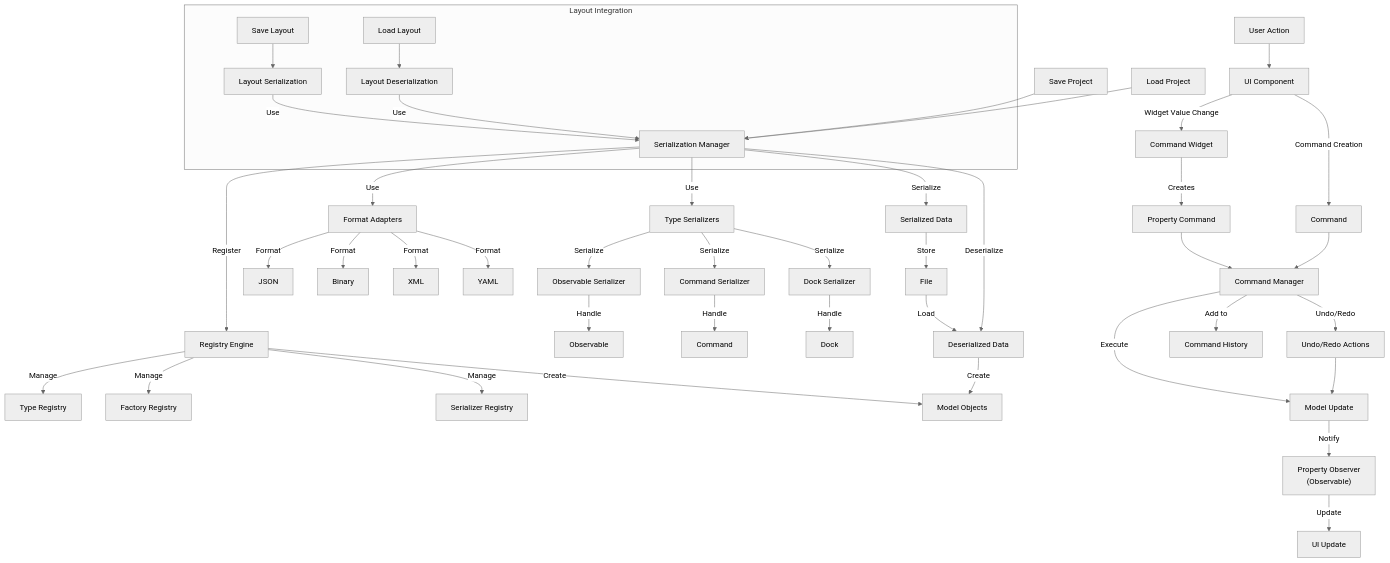
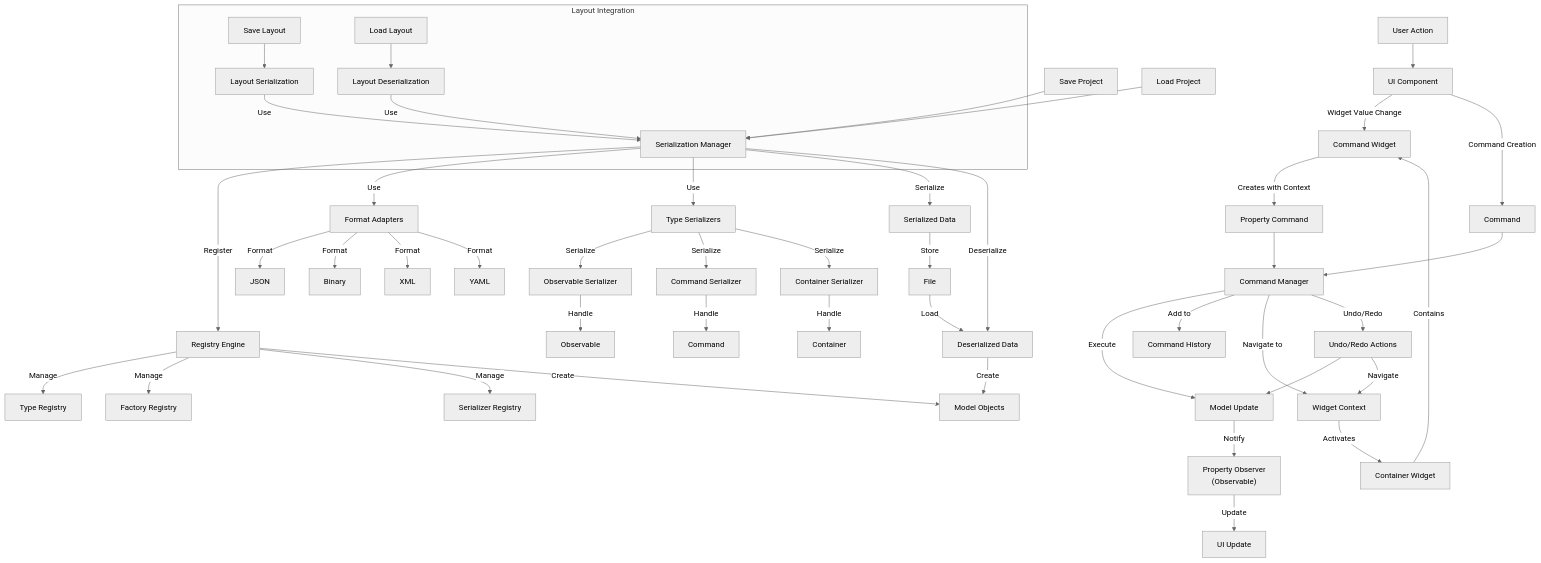
The diagram in command_system/docs/planned_command_system.md (maro7tigre/PySignalDecipher), drawn with Mermaid (neutral theme) before and after one commit. The commit also changed 17 other files, not shown here.

````diff
--- a/command_system/docs/planned_command_system.md
+++ b/command_system/docs/planned_command_system.md
@@ -1,60 +1,65 @@
 ```mermaid
 flowchart TD
     User[User Action] --> UI[UI Component]
     UI -- "Widget Value Change" --> CmdWidget[Command Widget]
     UI -- "Command Creation" --> CMD[Command]
     
-    CmdWidget -- "Creates" --> PropCmd[Property Command]
+    CmdWidget -- "Creates with Context" --> PropCmd[Property Command]
     PropCmd --> CmdMgr[Command Manager]
     CMD --> CmdMgr
     
     CmdMgr -- "Execute" --> ModelUpdate[Model Update]
     CmdMgr -- "Add to" --> History[Command History]
+    CmdMgr -- "Navigate to" --> NavContext[Widget Context]
+    
+    NavContext -- "Activates" --> Container[Container Widget]
+    Container -- "Contains" --> CmdWidget
     
     ModelUpdate -- "Notify" --> PropObserver["Property Observer\n(Observable)"]
     PropObserver -- "Update" --> UIUpdate[UI Update]
     
     CmdMgr -- "Undo/Redo" --> UndoRedo[Undo/Redo Actions]
     UndoRedo --> ModelUpdate
+    UndoRedo -- "Navigate" --> NavContext
     
-    %% New Serialization Flow
+    %% Serialization Flow
     SaveProject[Save Project] --> SerMgr[Serialization Manager]
     LoadProject[Load Project] --> SerMgr
     
     SerMgr -- "Register" --> Registry[Registry Engine]
     SerMgr -- "Use" --> FormatAdapters[Format Adapters]
     SerMgr -- "Use" --> TypeSerializers[Type Serializers]
     
     Registry -- "Manage" --> Types[Type Registry]
     Registry -- "Manage" --> Factories[Factory Registry]
     Registry -- "Manage" --> Serializers[Serializer Registry]
     
     FormatAdapters -- "Format" --> JSON[JSON]
     FormatAdapters -- "Format" --> Binary[Binary]
     FormatAdapters -- "Format" --> XML[XML]
     FormatAdapters -- "Format" --> YAML[YAML]
     
     TypeSerializers -- "Serialize" --> ObsSer[Observable Serializer]
     TypeSerializers -- "Serialize" --> CmdSer[Command Serializer]
-    TypeSerializers -- "Serialize" --> DockSer[Dock Serializer]
+    TypeSerializers -- "Serialize" --> ContainerSer[Container Serializer]
     
     ObsSer -- "Handle" --> Observable[Observable]
     CmdSer -- "Handle" --> Command[Command]
-    DockSer -- "Handle" --> Dock[Dock]
+    ContainerSer -- "Handle" --> ContainerObj[Container]
     
     SerMgr -- "Serialize" --> SerData[Serialized Data]
     SerData -- "Store" --> File[File]
     
     SerMgr -- "Deserialize" --> DeserData[Deserialized Data]
     File -- "Load" --> DeserData
     
     DeserData -- "Create" --> ModelObjects[Model Objects]
     Registry -- "Create" --> ModelObjects
     
     subgraph "Layout Integration"
         SaveLayout[Save Layout] --> LayoutSer[Layout Serialization]
         LoadLayout[Load Layout] --> LayoutDeser[Layout Deserialization]
         LayoutSer -- "Use" --> SerMgr
         LayoutDeser -- "Use" --> SerMgr
     end
 ```
````
